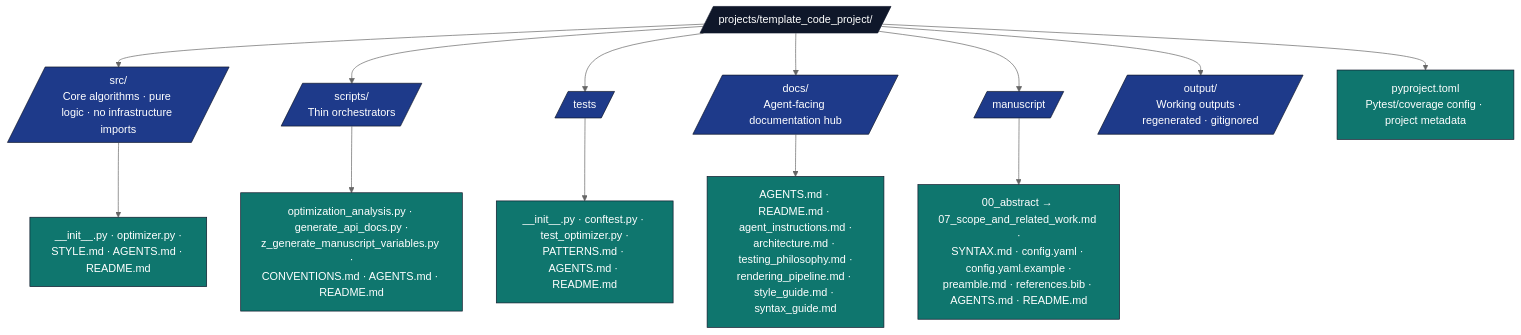
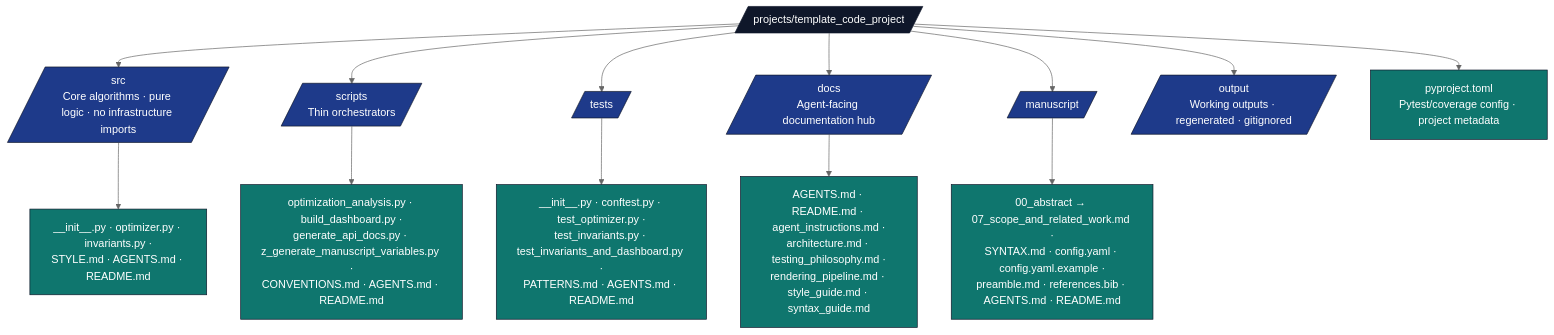
The diagram in projects/template_code_project/AGENTS.md (docxology/template), drawn with Mermaid (neutral theme) before and after one commit. The commit also changed other lines of this file and 164 other files, not shown here.

````diff
--- a/projects/template_code_project/AGENTS.md
+++ b/projects/template_code_project/AGENTS.md
@@ -50,24 +50,24 @@
 ```mermaid
 flowchart TB
-    P[/projects/template_code_project//]
-    P --> SRC[/src/<br/>Core algorithms · pure logic · no infrastructure imports/]
-    P --> SC[/scripts/<br/>Thin orchestrators/]
+    P[/projects/template_code_project/]
+    P --> SRC[/src<br/>Core algorithms · pure logic · no infrastructure imports/]
+    P --> SC[/scripts<br/>Thin orchestrators/]
     P --> T[/tests/]
-    P --> DOCS[/docs/<br/>Agent-facing documentation hub/]
+    P --> DOCS[/docs<br/>Agent-facing documentation hub/]
     P --> M[/manuscript/]
-    P --> OUT[/output/<br/>Working outputs · regenerated · gitignored/]
+    P --> OUT[/output<br/>Working outputs · regenerated · gitignored/]
     P --> PY[pyproject.toml<br/>Pytest/coverage config · project metadata]
 
-    SRC --> SRC_F[__init__.py · optimizer.py ·<br/>STYLE.md · AGENTS.md · README.md]
-    SC --> SC_F[optimization_analysis.py · generate_api_docs.py ·<br/>z_generate_manuscript_variables.py ·<br/>CONVENTIONS.md · AGENTS.md · README.md]
-    T --> T_F[__init__.py · conftest.py · test_optimizer.py ·<br/>PATTERNS.md · AGENTS.md · README.md]
+    SRC --> SRC_F[__init__.py · optimizer.py · invariants.py ·<br/>STYLE.md · AGENTS.md · README.md]
+    SC --> SC_F[optimization_analysis.py · build_dashboard.py ·<br/>generate_api_docs.py · z_generate_manuscript_variables.py ·<br/>CONVENTIONS.md · AGENTS.md · README.md]
+    T --> T_F[__init__.py · conftest.py · test_optimizer.py ·<br/>test_invariants.py · test_invariants_and_dashboard.py ·<br/>PATTERNS.md · AGENTS.md · README.md]
     DOCS --> DOCS_F[AGENTS.md · README.md · agent_instructions.md ·<br/>architecture.md · testing_philosophy.md ·<br/>rendering_pipeline.md · style_guide.md · syntax_guide.md]
     M --> M_F[00_abstract → 07_scope_and_related_work.md ·<br/>SYNTAX.md · config.yaml · config.yaml.example ·<br/>preamble.md · references.bib · AGENTS.md · README.md]
 
     classDef d fill:#0f172a,stroke:#0f172a,color:#fff
     classDef pkg fill:#1e3a8a,stroke:#0f172a,color:#fff
     classDef f fill:#0f766e,stroke:#0f172a,color:#fff
     class P d
     class SRC,SC,T,DOCS,M,OUT pkg
     class SRC_F,SC_F,T_F,DOCS_F,M_F,PY f
 ```
````
